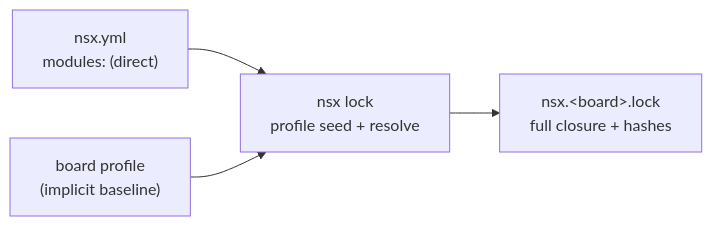
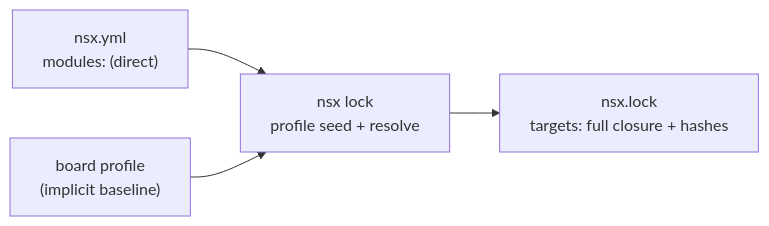
One commit to AmbiqAI/neuralspotx changed the diagram in docs/architecture/dependency-model.md. Above: the diagram before and after it, drawn with Mermaid. The commit also changed other lines of this file and 74 other files, not shown here.

First line of the commit message:
feat(lock): collapse per-board locks into one combined nsx.lock (schema v4)

````diff
--- a/docs/architecture/dependency-model.md
+++ b/docs/architecture/dependency-model.md
@@ -95,6 +95,6 @@
 ```mermaid
 flowchart LR
     Y["nsx.yml<br/>modules: (direct)"] --> R["nsx lock<br/>profile seed + resolve"]
     P["board profile<br/>(implicit baseline)"] --> R
-    R --> L["nsx.&lt;board&gt;.lock<br/>full closure + hashes"]
+    R --> L["nsx.lock<br/>targets: full closure + hashes"]
 ```
````
